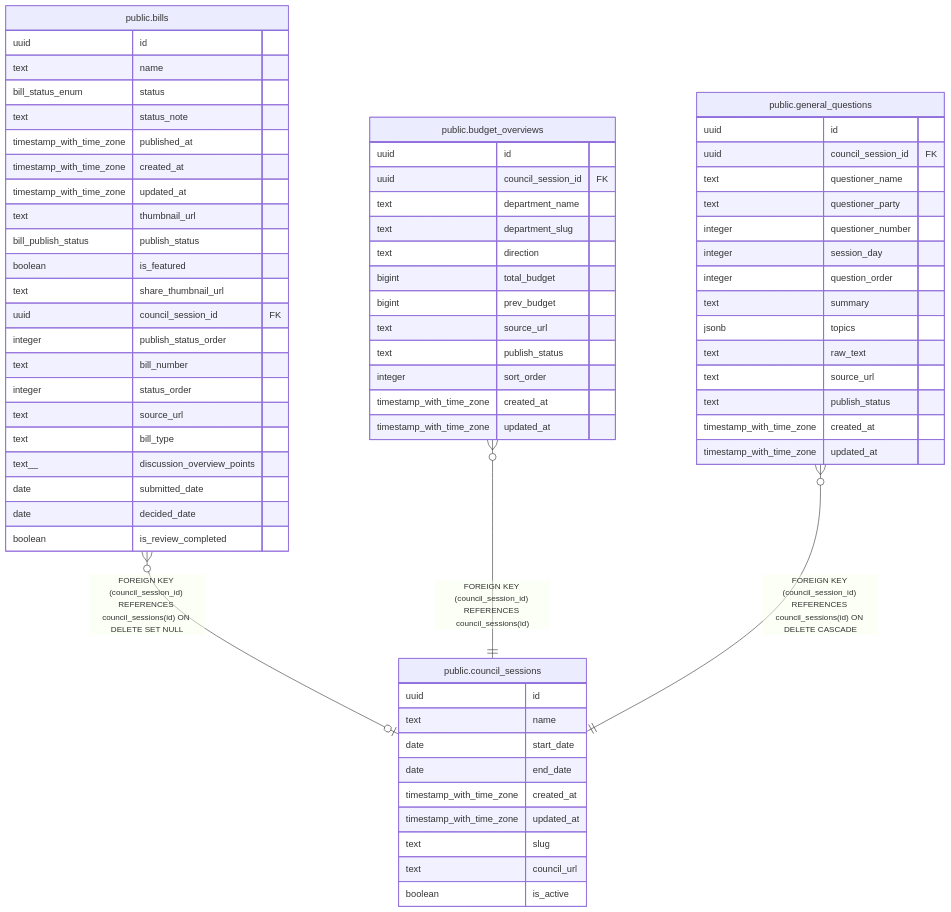
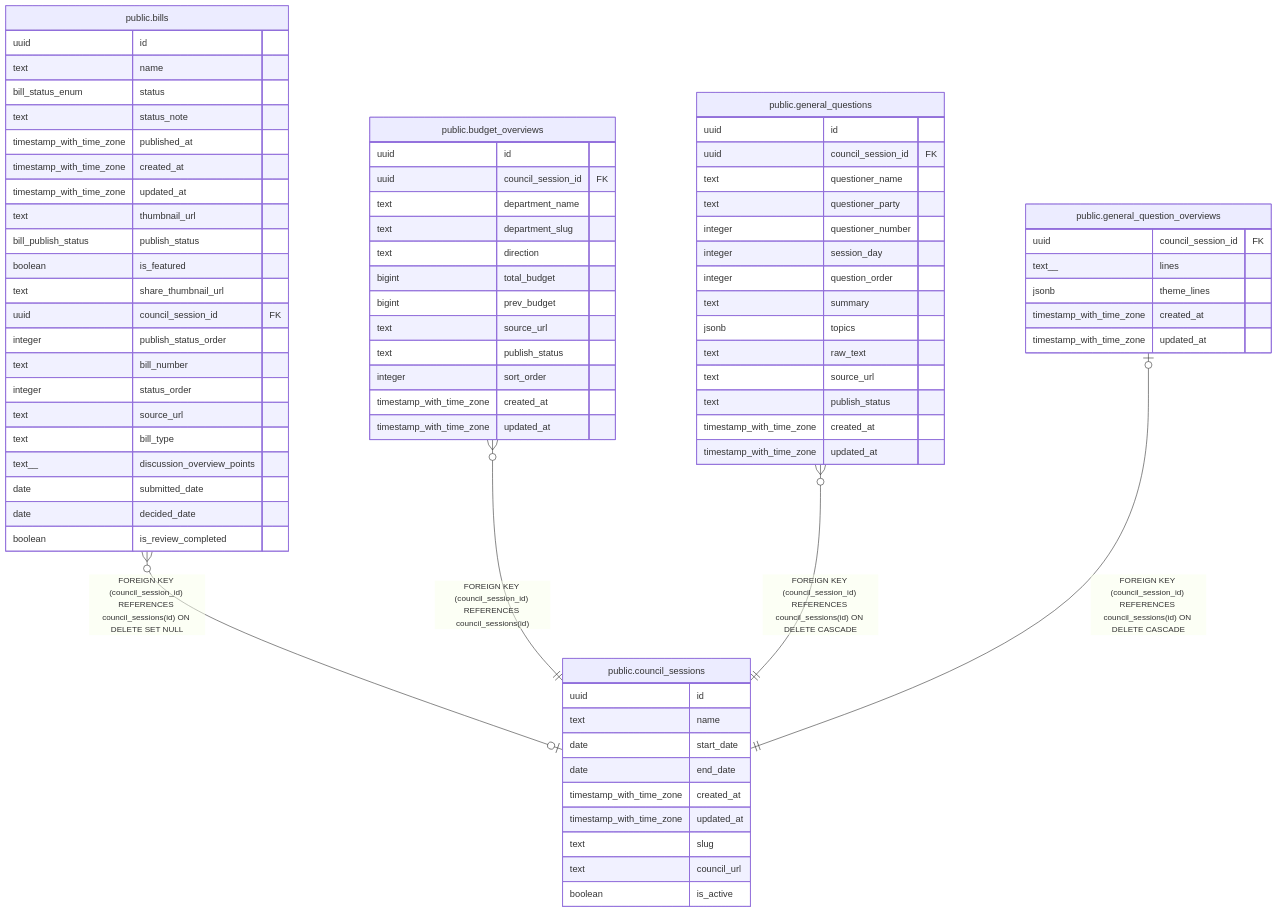
The diagram in docs/schema/public.council_sessions.md (s-takahashi-hokkaido/dejimin-gikai), drawn with Mermaid before and after one commit. The commit also changed other lines of this file and 20 other files, not shown here.

````diff
--- a/docs/schema/public.council_sessions.md
+++ b/docs/schema/public.council_sessions.md
@@ -46,72 +46,80 @@
 ```mermaid
 erDiagram
 
 "public.bills" }o--o| "public.council_sessions" : "FOREIGN KEY (council_session_id) REFERENCES council_sessions(id) ON DELETE SET NULL"
 "public.budget_overviews" }o--|| "public.council_sessions" : "FOREIGN KEY (council_session_id) REFERENCES council_sessions(id)"
 "public.general_questions" }o--|| "public.council_sessions" : "FOREIGN KEY (council_session_id) REFERENCES council_sessions(id) ON DELETE CASCADE"
+"public.general_question_overviews" |o--|| "public.council_sessions" : "FOREIGN KEY (council_session_id) REFERENCES council_sessions(id) ON DELETE CASCADE"
 
 "public.council_sessions" {
   uuid id
   text name
   date start_date
   date end_date
   timestamp_with_time_zone created_at
   timestamp_with_time_zone updated_at
   text slug
   text council_url
   boolean is_active
 }
 "public.bills" {
   uuid id
   text name
   bill_status_enum status
   text status_note
   timestamp_with_time_zone published_at
   timestamp_with_time_zone created_at
   timestamp_with_time_zone updated_at
   text thumbnail_url
   bill_publish_status publish_status
   boolean is_featured
   text share_thumbnail_url
   uuid council_session_id FK
   integer publish_status_order
   text bill_number
   integer status_order
   text source_url
   text bill_type
   text__ discussion_overview_points
   date submitted_date
   date decided_date
   boolean is_review_completed
 }
 "public.budget_overviews" {
   uuid id
   uuid council_session_id FK
   text department_name
   text department_slug
   text direction
   bigint total_budget
   bigint prev_budget
   text source_url
   text publish_status
   integer sort_order
   timestamp_with_time_zone created_at
   timestamp_with_time_zone updated_at
 }
 "public.general_questions" {
   uuid id
   uuid council_session_id FK
   text questioner_name
   text questioner_party
   integer questioner_number
   integer session_day
   integer question_order
   text summary
   jsonb topics
   text raw_text
   text source_url
   text publish_status
   timestamp_with_time_zone created_at
   timestamp_with_time_zone updated_at
 }
+"public.general_question_overviews" {
+  uuid council_session_id FK
+  text__ lines
+  jsonb theme_lines
+  timestamp_with_time_zone created_at
+  timestamp_with_time_zone updated_at
+}
 ```
````
